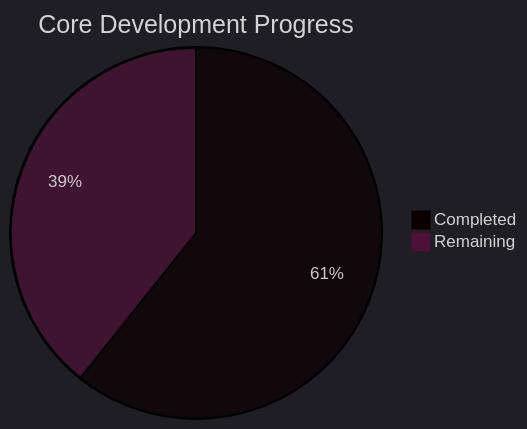
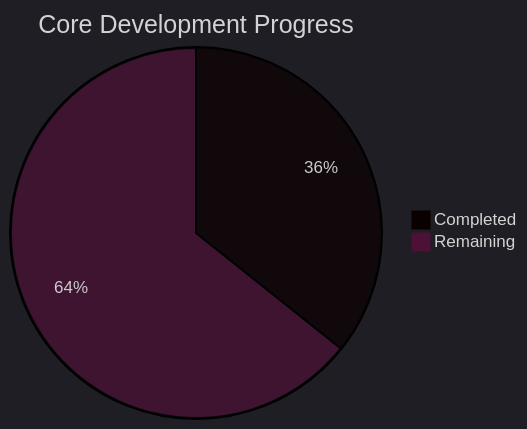
One commit to Neogleamz/SK8Lytz changed the first of 5 diagrams in tools/SK8Lytz_Bucket_List.md. Above: the diagram before and after it, drawn with Mermaid. The commit also changed other lines of this file and 10 other files, not shown here.

Commit message:
feat(supabase): harden cloud infrastructure schema and reconcile types

````diff
--- a/tools/SK8Lytz_Bucket_List.md
+++ b/tools/SK8Lytz_Bucket_List.md
@@ -9,6 +9,6 @@
 ```mermaid
 %%{init: {'theme': 'dark'}}%%
 pie title Core Development Progress
-  "Completed" : 34
-  "Remaining" : 22
+  "Completed" : 20
+  "Remaining" : 36
 ```
````
